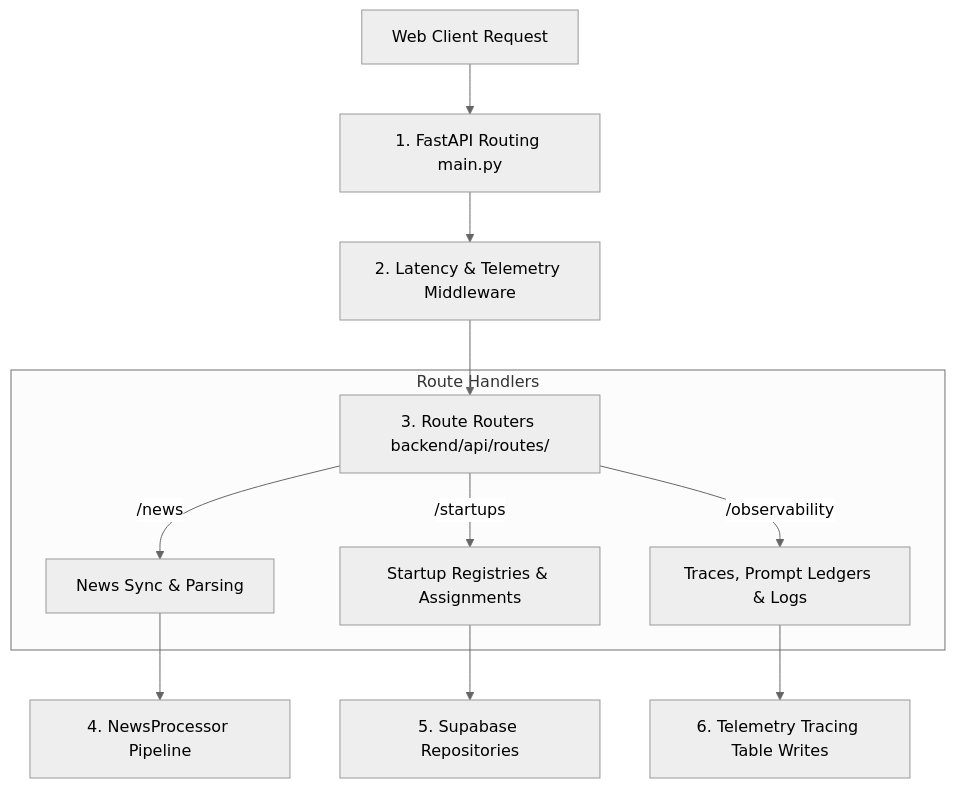
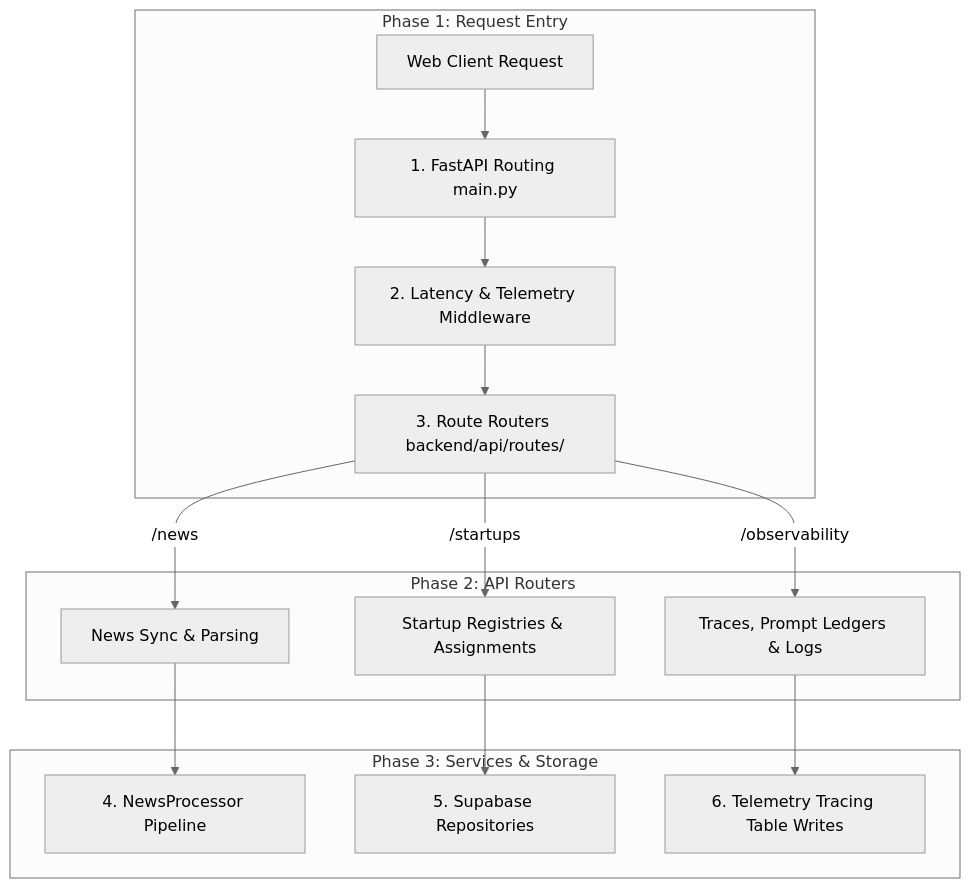
Before and after one commit to anuragbhayalprojects/startup-intelligence: the diagram in docs/system-architecture/backend-architecture.md, drawn with Mermaid (neutral theme). The commit also changed 3 other files, not shown here.

Commit message:
docs: restructure all flowcharts into boxed subgraph workflow phases for enhanced visual clarity

````diff
--- a/docs/system-architecture/backend-architecture.md
+++ b/docs/system-architecture/backend-architecture.md
@@ -11,16 +11,20 @@
 ```mermaid
-graph TD
-    Client[Web Client Request] --> API[1. FastAPI Routing main.py]
-    API --> Middleware[2. Latency & Telemetry Middleware]
-    Middleware --> Routers["3. Route Routers backend/api/routes/"]
+flowchart TB
+    subgraph Entry["Phase 1: Request Entry"]
+        Client["Web Client Request"] --> API["1. FastAPI Routing main.py"]
+        API --> Middleware["2. Latency & Telemetry Middleware"]
+        Middleware --> Routers["3. Route Routers backend/api/routes/"]
+    end
     
-    subgraph Route Handlers
+    subgraph RouteHandlers["Phase 2: API Routers"]
         Routers -->|"/news"| News["News Sync & Parsing"]
         Routers -->|"/startups"| Startups["Startup Registries & Assignments"]
         Routers -->|"/observability"| Obs["Traces, Prompt Ledgers & Logs"]
     end
     
-    News --> Proc[4. NewsProcessor Pipeline]
-    Startups --> Repos[5. Supabase Repositories]
-    Obs --> DB[6. Telemetry Tracing Table Writes]
+    subgraph Services["Phase 3: Services & Storage"]
+        News --> Proc["4. NewsProcessor Pipeline"]
+        Startups --> Repos["5. Supabase Repositories"]
+        Obs --> DB["6. Telemetry Tracing Table Writes"]
+    end
 ```
````
